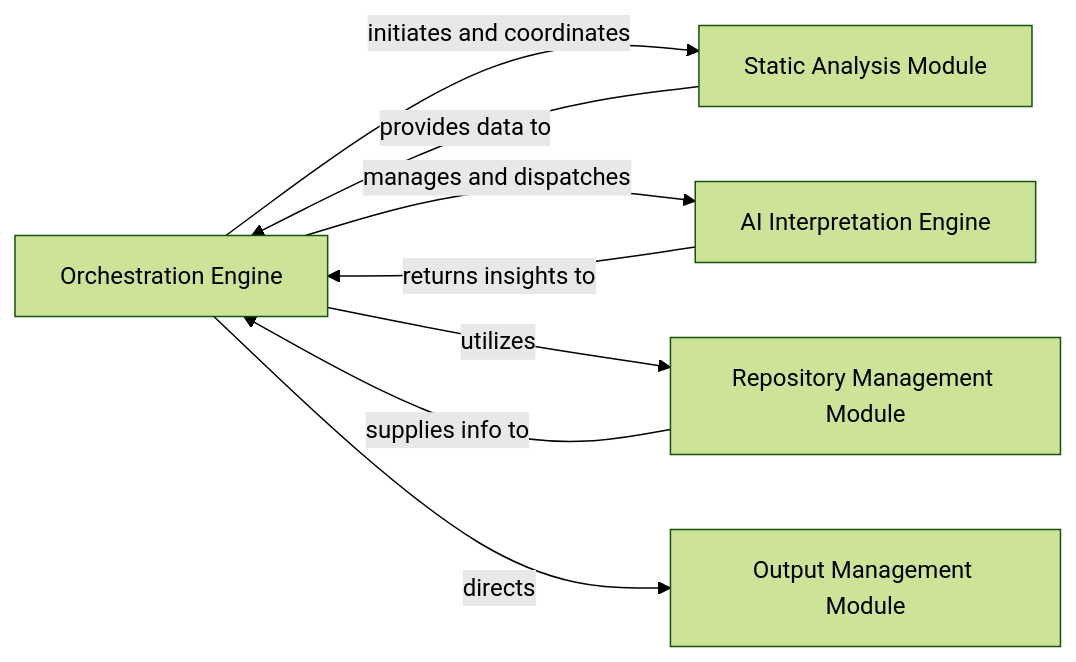
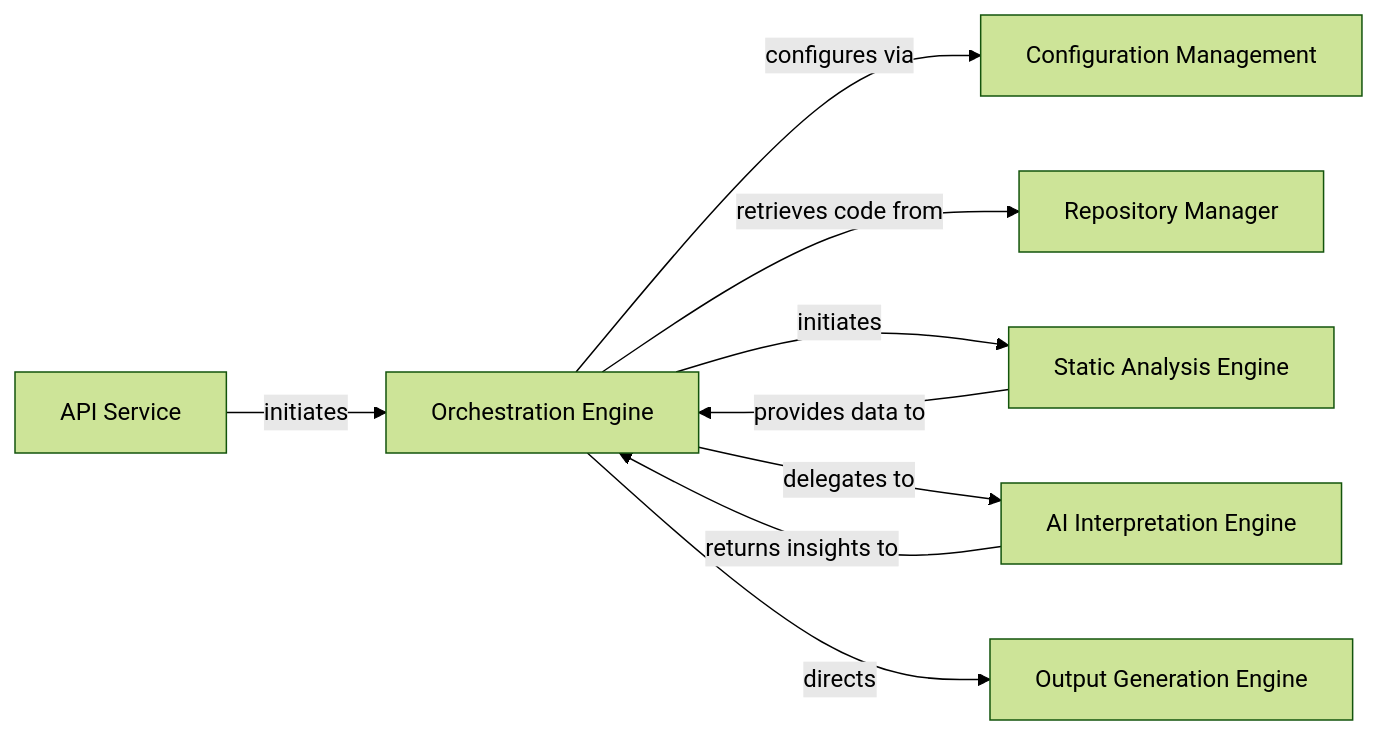
One commit to mariyam866/CodeBoarding changed the diagram in .codeboarding/Orchestration_Engine.md. Above: the diagram before and after it, drawn with Mermaid (forest theme). The commit also changed other lines of this file and 11 other files, not shown here.

First line of the commit message:
docs: update codeboarding documentation and generate architecture

````diff
--- a/.codeboarding/Orchestration_Engine.md
+++ b/.codeboarding/Orchestration_Engine.md
@@ -1,16 +1,23 @@
 ```mermaid
 graph LR
     Orchestration_Engine["Orchestration Engine"]
-    Static_Analysis_Module["Static Analysis Module"]
+    Static_Analysis_Engine["Static Analysis Engine"]
     AI_Interpretation_Engine["AI Interpretation Engine"]
-    Repository_Management_Module["Repository Management Module"]
-    Output_Management_Module["Output Management Module"]
-    Orchestration_Engine -- "initiates and coordinates" --> Static_Analysis_Module
-    Orchestration_Engine -- "manages and dispatches" --> AI_Interpretation_Engine
-    Orchestration_Engine -- "utilizes" --> Repository_Management_Module
-    Orchestration_Engine -- "directs" --> Output_Management_Module
-    Static_Analysis_Module -- "provides data to" --> Orchestration_Engine
+    Output_Generation_Engine["Output Generation Engine"]
+    Repository_Manager["Repository Manager"]
+    Configuration_Management["Configuration Management"]
+    API_Service["API Service"]
+    Orchestration_Engine -- "configures via" --> Configuration_Management
+    Orchestration_Engine -- "retrieves code from" --> Repository_Manager
+    Orchestration_Engine -- "initiates" --> Static_Analysis_Engine
+    Orchestration_Engine -- "delegates to" --> AI_Interpretation_Engine
+    Orchestration_Engine -- "directs" --> Output_Generation_Engine
+    Static_Analysis_Engine -- "provides data to" --> Orchestration_Engine
     AI_Interpretation_Engine -- "returns insights to" --> Orchestration_Engine
-    Repository_Management_Module -- "supplies info to" --> Orchestration_Engine
+    API_Service -- "initiates" --> Orchestration_Engine
     click Orchestration_Engine href "https://github.com/CodeBoarding/CodeBoarding/blob/main/.codeboarding/Orchestration_Engine.md" "Details"
+    click Static_Analysis_Engine href "https://github.com/CodeBoarding/CodeBoarding/blob/main/.codeboarding/Static_Analysis_Engine.md" "Details"
+    click Output_Generation_Engine href "https://github.com/CodeBoarding/CodeBoarding/blob/main/.codeboarding/Output_Generation_Engine.md" "Details"
+    click Repository_Manager href "https://github.com/CodeBoarding/CodeBoarding/blob/main/.codeboarding/Repository_Manager.md" "Details"
+    click API_Service href "https://github.com/CodeBoarding/CodeBoarding/blob/main/.codeboarding/API_Service.md" "Details"
 ```
````
